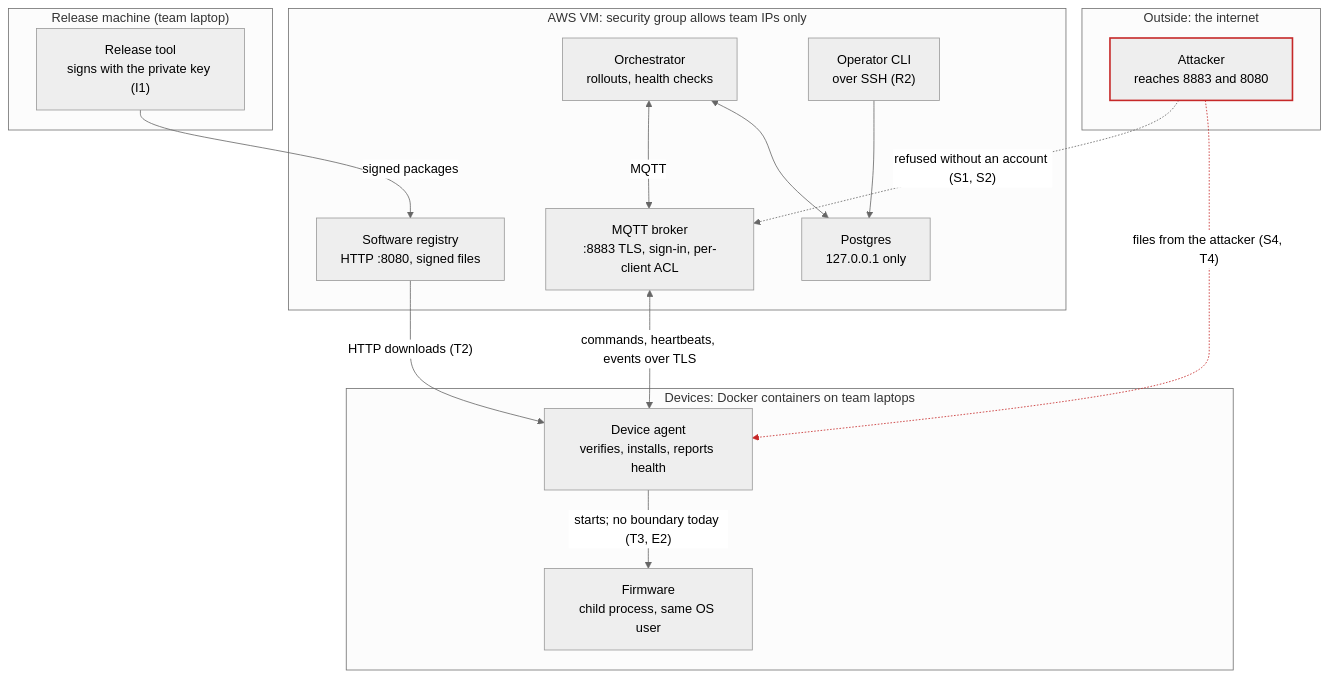
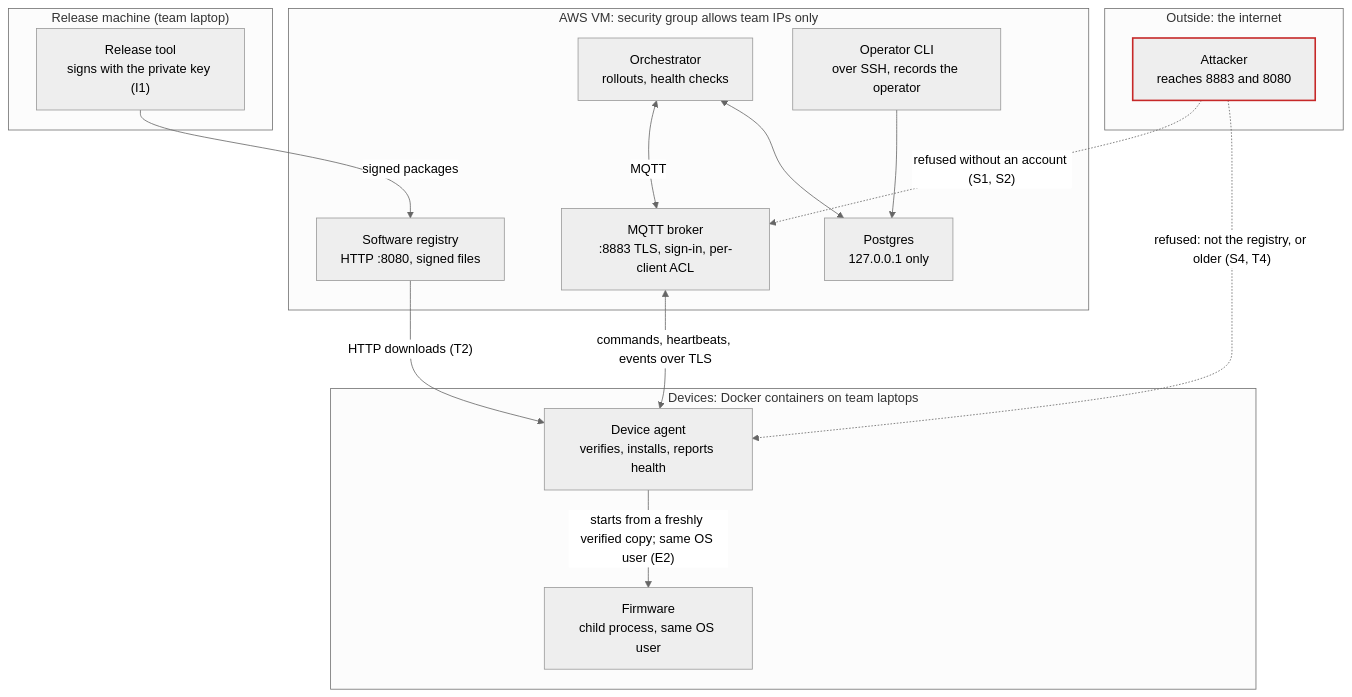
The diagram in docs/threat-model.md (nathanmullins11/ota-fleet-manager), drawn with Mermaid (neutral theme) before and after one commit. The commit also changed other lines of this file and 1 other file, not shown here.

````diff
--- a/docs/threat-model.md
+++ b/docs/threat-model.md
@@ -31,31 +31,30 @@
 ```mermaid
 flowchart TB
     subgraph REL["Release machine (team laptop)"]
         tool["Release tool<br/>signs with the private key (I1)"]
     end
     subgraph OUT["Outside: the internet"]
         atk["Attacker<br/>reaches 8883 and 8080"]
     end
     subgraph VM["AWS VM: security group allows team IPs only"]
         reg["Software registry<br/>HTTP :8080, signed files"]
         broker["MQTT broker<br/>:8883 TLS, sign-in, per-client ACL"]
         orch["Orchestrator<br/>rollouts, health checks"]
-        cli["Operator CLI<br/>over SSH (R2)"]
+        cli["Operator CLI<br/>over SSH, records the operator"]
         pg["Postgres<br/>127.0.0.1 only"]
     end
     subgraph DEV["Devices: Docker containers on team laptops"]
         agent["Device agent<br/>verifies, installs, reports health"]
         fw["Firmware<br/>child process, same OS user"]
     end
     tool -- "signed packages" --> reg
     orch <-- "MQTT" --> broker
     orch <--> pg
     cli --> pg
     broker <-- "commands, heartbeats, events over TLS" --> agent
     reg -- "HTTP downloads (T2)" --> agent
-    agent -- "starts; no boundary today (T3, E2)" --> fw
+    agent -- "starts from a freshly verified copy; same OS user (E2)" --> fw
     atk -. "refused without an account (S1, S2)" .-> broker
-    atk -. "files from the attacker (S4, T4)" .-> agent
-    linkStyle 8 stroke:#c62828
+    atk -. "refused: not the registry, or older (S4, T4)" .-> agent
     style atk stroke:#c62828,stroke-width:2px
 ```
````
